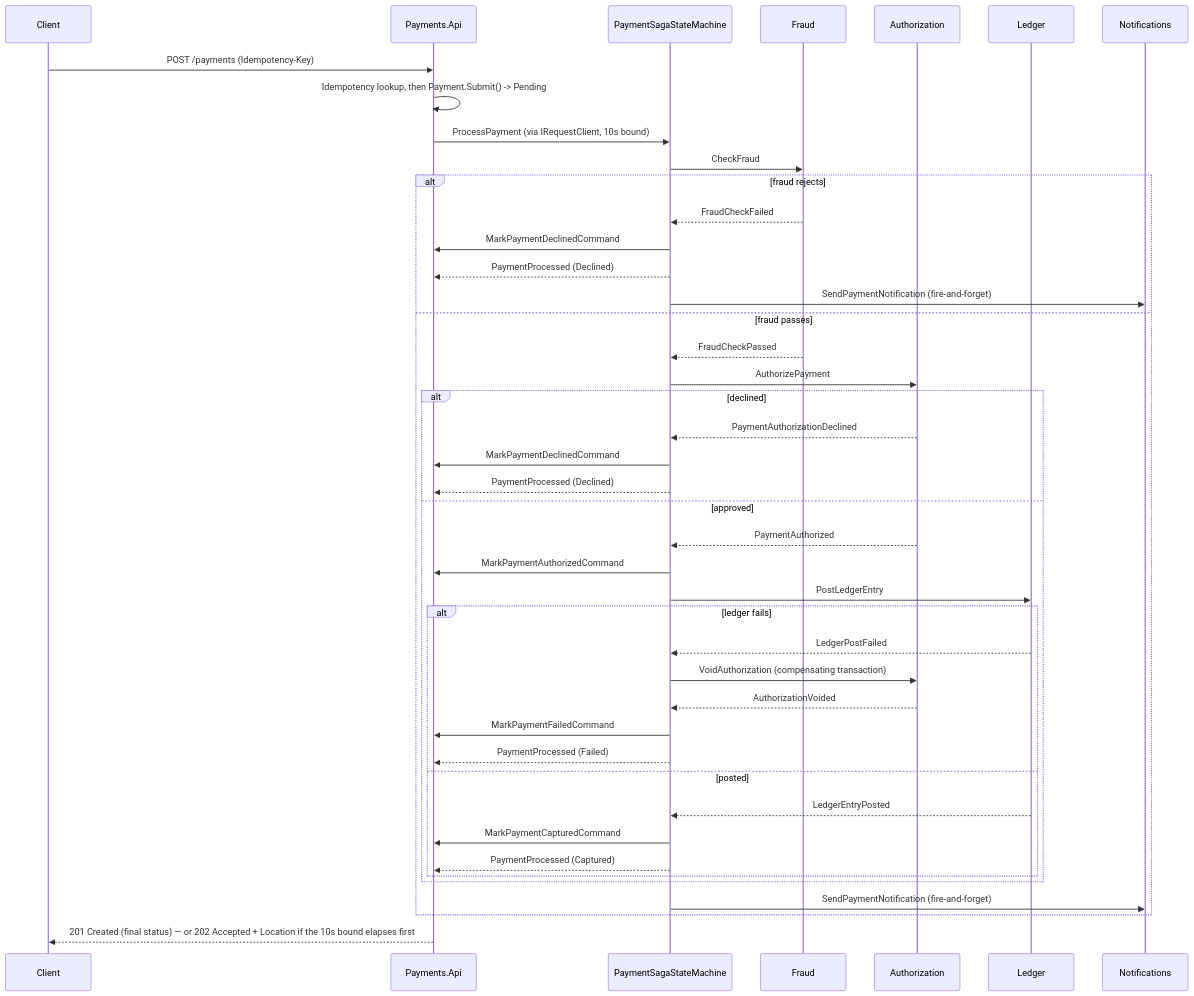
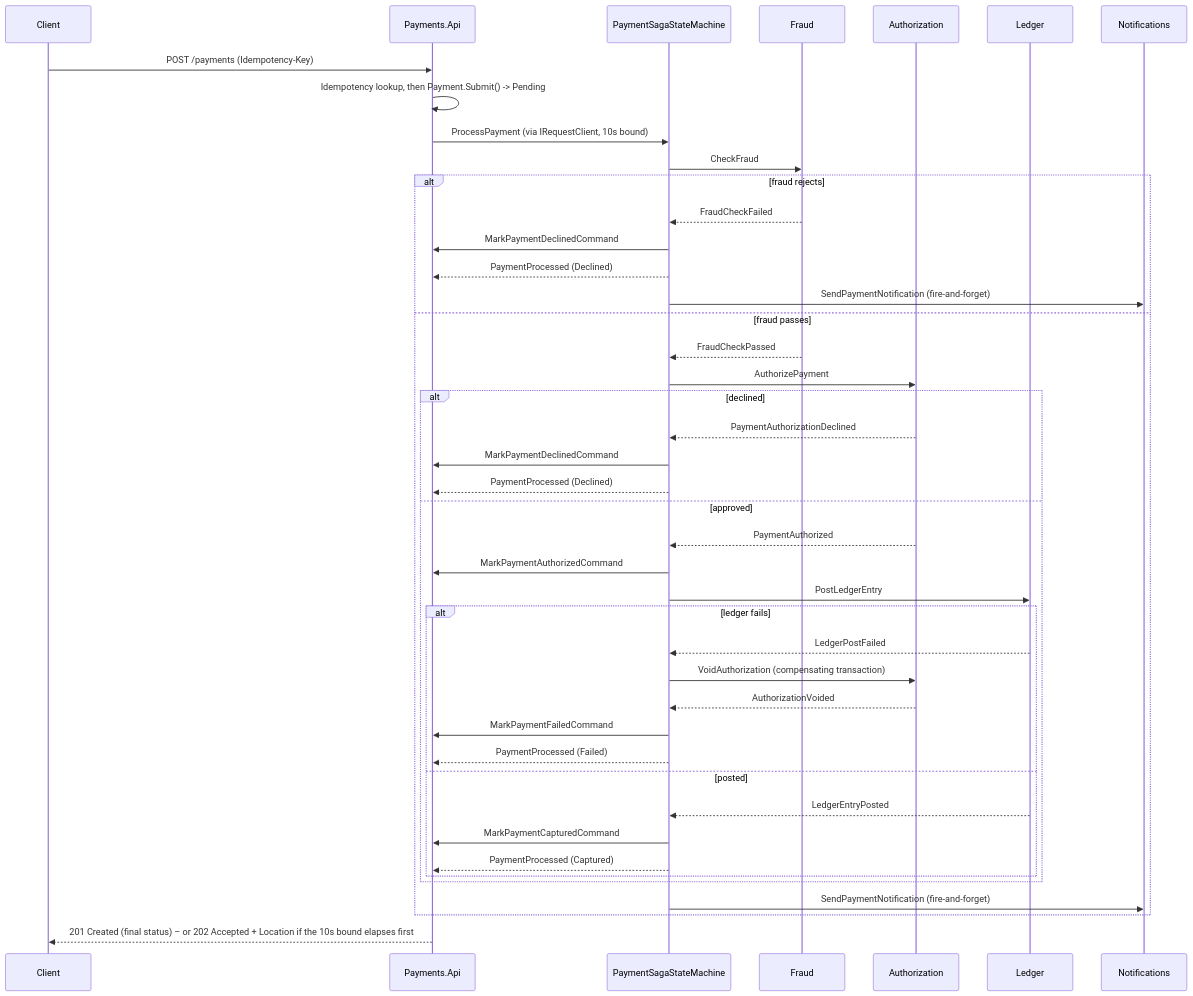
The second of 2 diagrams in docs/architecture.md (queennduji/payflow), drawn with Mermaid before and after one commit. The commit also changed other lines of this file and 79 other files, not shown here.

````diff
--- a/docs/architecture.md
+++ b/docs/architecture.md
@@ -78,46 +78,46 @@
 ```mermaid
 sequenceDiagram
     participant C as Client
     participant P as Payments.Api
     participant Saga as PaymentSagaStateMachine
     participant F as Fraud
     participant A as Authorization
     participant L as Ledger
     participant N as Notifications
 
     C->>P: POST /payments (Idempotency-Key)
     P->>P: Idempotency lookup, then Payment.Submit() -> Pending
     P->>Saga: ProcessPayment (via IRequestClient, 10s bound)
     Saga->>F: CheckFraud
     alt fraud rejects
         F-->>Saga: FraudCheckFailed
         Saga->>P: MarkPaymentDeclinedCommand
         Saga-->>P: PaymentProcessed (Declined)
         Saga->>N: SendPaymentNotification (fire-and-forget)
     else fraud passes
         F-->>Saga: FraudCheckPassed
         Saga->>A: AuthorizePayment
         alt declined
             A-->>Saga: PaymentAuthorizationDeclined
             Saga->>P: MarkPaymentDeclinedCommand
             Saga-->>P: PaymentProcessed (Declined)
         else approved
             A-->>Saga: PaymentAuthorized
             Saga->>P: MarkPaymentAuthorizedCommand
             Saga->>L: PostLedgerEntry
             alt ledger fails
                 L-->>Saga: LedgerPostFailed
                 Saga->>A: VoidAuthorization (compensating transaction)
                 A-->>Saga: AuthorizationVoided
                 Saga->>P: MarkPaymentFailedCommand
                 Saga-->>P: PaymentProcessed (Failed)
             else posted
                 L-->>Saga: LedgerEntryPosted
                 Saga->>P: MarkPaymentCapturedCommand
                 Saga-->>P: PaymentProcessed (Captured)
             end
         end
         Saga->>N: SendPaymentNotification (fire-and-forget)
     end
-    P-->>C: 201 Created (final status) — or 202 Accepted + Location if the 10s bound elapses first
+    P-->>C: 201 Created (final status) – or 202 Accepted + Location if the 10s bound elapses first
 ```
````
